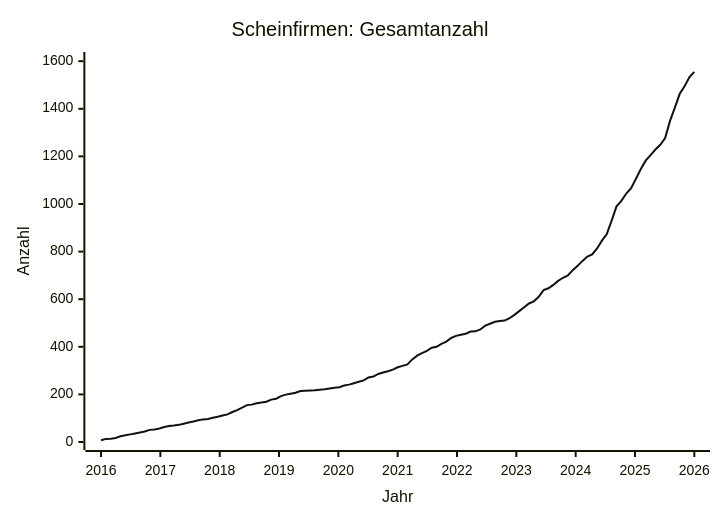
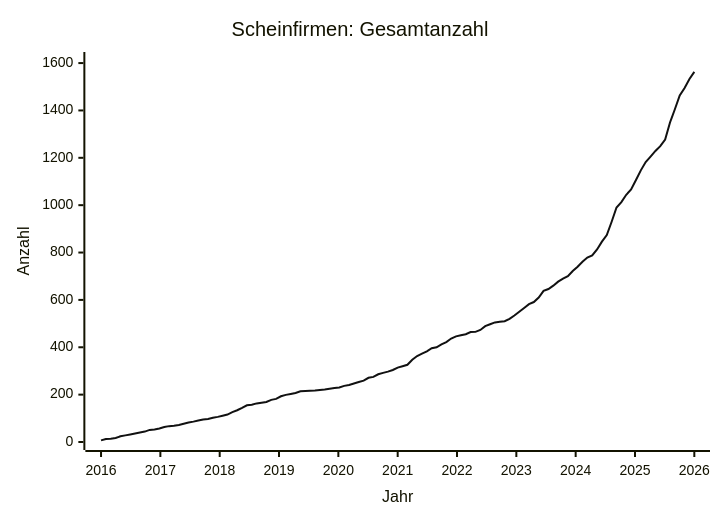
The diagram in data/STATS.md (arjoma/scheinfirmen-at), drawn with Mermaid before and after one commit. The commit also changed other lines of this file and 3 other files, not shown here.

````diff
--- a/data/STATS.md
+++ b/data/STATS.md
@@ -9,13 +9,13 @@
 ```mermaid
 ---
 config:
   themeVariables:
     xyChart:
       plotColorPalette: "#111111"
 ---
 xychart-beta
     title "Scheinfirmen: Gesamtanzahl"
     x-axis "Jahr" 2016 --> 2026
-    y-axis "Anzahl" 0 --> 1605
-    line [7, 13, 14, 17, 24, 28, 32, 36, 40, 44, 51, 53, 57, 63, 67, 69, 72, 77, 82, 86, 91, 95, 97, 102, 106, 111, 116, 126, 134, 144, 155, 157, 163, 166, 169, 178, 182, 193, 199, 203, 207, 214, 215, 216, 217, 220, 222, 225, 228, 230, 237, 241, 247, 253, 259, 271, 275, 286, 292, 297, 304, 314, 320, 326, 347, 363, 373, 383, 396, 400, 412, 422, 437, 446, 451, 455, 464, 465, 473, 489, 497, 505, 508, 510, 520, 534, 550, 566, 582, 591, 610, 638, 646, 660, 677, 690, 700, 722, 740, 761, 779, 788, 813, 846, 874, 930, 990, 1013, 1044, 1066, 1106, 1147, 1182, 1205, 1229, 1249, 1277, 1349, 1405, 1463, 1495, 1533, 1555]
+    y-axis "Anzahl" 0 --> 1613
+    line [7, 13, 14, 17, 24, 28, 32, 36, 40, 44, 51, 53, 57, 63, 67, 69, 72, 77, 82, 86, 91, 95, 97, 102, 106, 111, 116, 126, 134, 144, 155, 157, 163, 166, 169, 178, 182, 193, 199, 203, 207, 214, 215, 216, 217, 220, 222, 225, 228, 230, 237, 241, 247, 253, 259, 271, 275, 286, 292, 297, 304, 314, 320, 326, 347, 363, 373, 383, 396, 400, 412, 422, 437, 446, 451, 455, 464, 465, 473, 489, 497, 505, 508, 510, 520, 534, 550, 566, 582, 591, 610, 638, 646, 660, 677, 690, 700, 722, 740, 761, 779, 788, 813, 846, 874, 930, 990, 1013, 1044, 1066, 1106, 1147, 1182, 1205, 1229, 1249, 1277, 1349, 1405, 1463, 1495, 1533, 1563]
 ```
````
